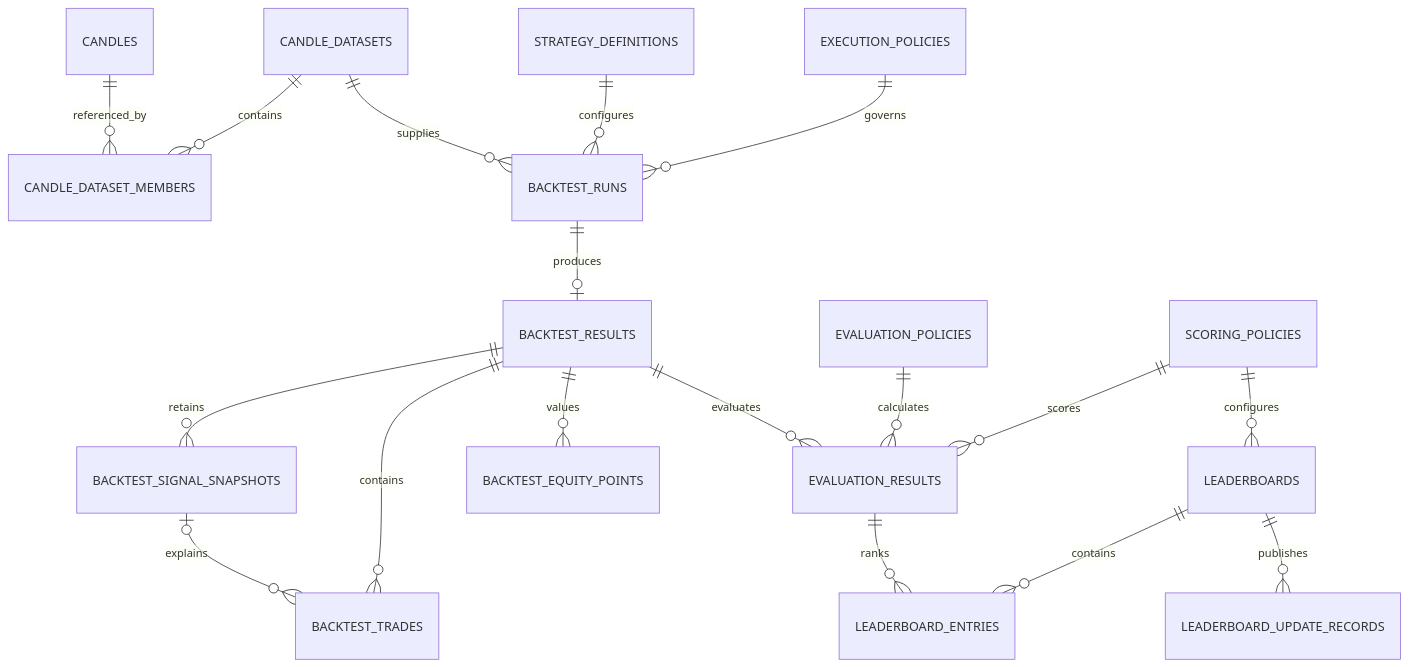
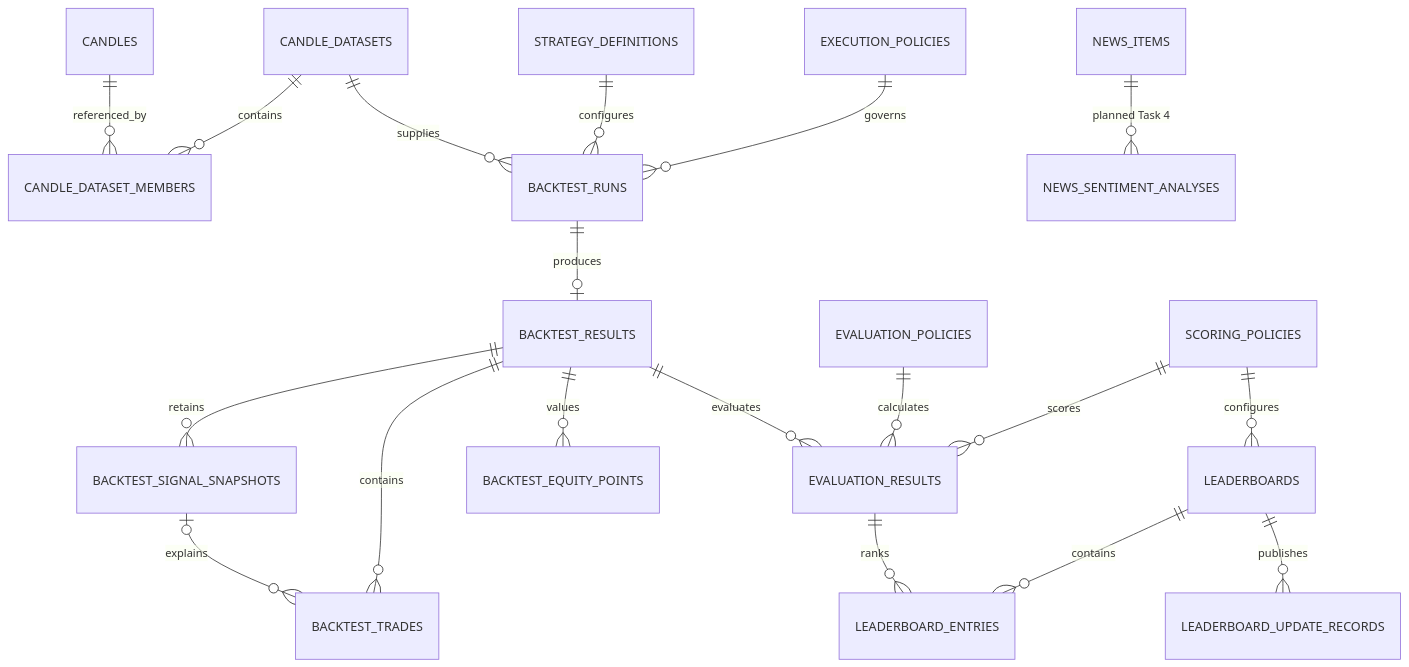
The diagram in docs/DATABASE_SCHEMA.md (nhphunng/Crypto-Strategy-Lab), drawn with Mermaid before and after one commit. The commit also changed other lines of this file and 5 other files, not shown here.

First line of the commit message:
docs(news): record provider pipeline and sentiment handoff

````diff
--- a/docs/DATABASE_SCHEMA.md
+++ b/docs/DATABASE_SCHEMA.md
@@ -81,20 +88,21 @@
 ```mermaid
 erDiagram
     CANDLES ||--o{ CANDLE_DATASET_MEMBERS : referenced_by
     CANDLE_DATASETS ||--o{ CANDLE_DATASET_MEMBERS : contains
     CANDLE_DATASETS ||--o{ BACKTEST_RUNS : supplies
     STRATEGY_DEFINITIONS ||--o{ BACKTEST_RUNS : configures
     EXECUTION_POLICIES ||--o{ BACKTEST_RUNS : governs
     BACKTEST_RUNS ||--o| BACKTEST_RESULTS : produces
     BACKTEST_RESULTS ||--o{ BACKTEST_SIGNAL_SNAPSHOTS : retains
     BACKTEST_RESULTS ||--o{ BACKTEST_TRADES : contains
     BACKTEST_RESULTS ||--o{ BACKTEST_EQUITY_POINTS : values
     BACKTEST_SIGNAL_SNAPSHOTS o|--o{ BACKTEST_TRADES : explains
     BACKTEST_RESULTS ||--o{ EVALUATION_RESULTS : evaluates
     EVALUATION_POLICIES ||--o{ EVALUATION_RESULTS : calculates
     SCORING_POLICIES ||--o{ EVALUATION_RESULTS : scores
     SCORING_POLICIES ||--o{ LEADERBOARDS : configures
     LEADERBOARDS ||--o{ LEADERBOARD_ENTRIES : contains
     EVALUATION_RESULTS ||--o{ LEADERBOARD_ENTRIES : ranks
     LEADERBOARDS ||--o{ LEADERBOARD_UPDATE_RECORDS : publishes
+    NEWS_ITEMS ||--o{ NEWS_SENTIMENT_ANALYSES : "planned Task 4"
 ```
````
